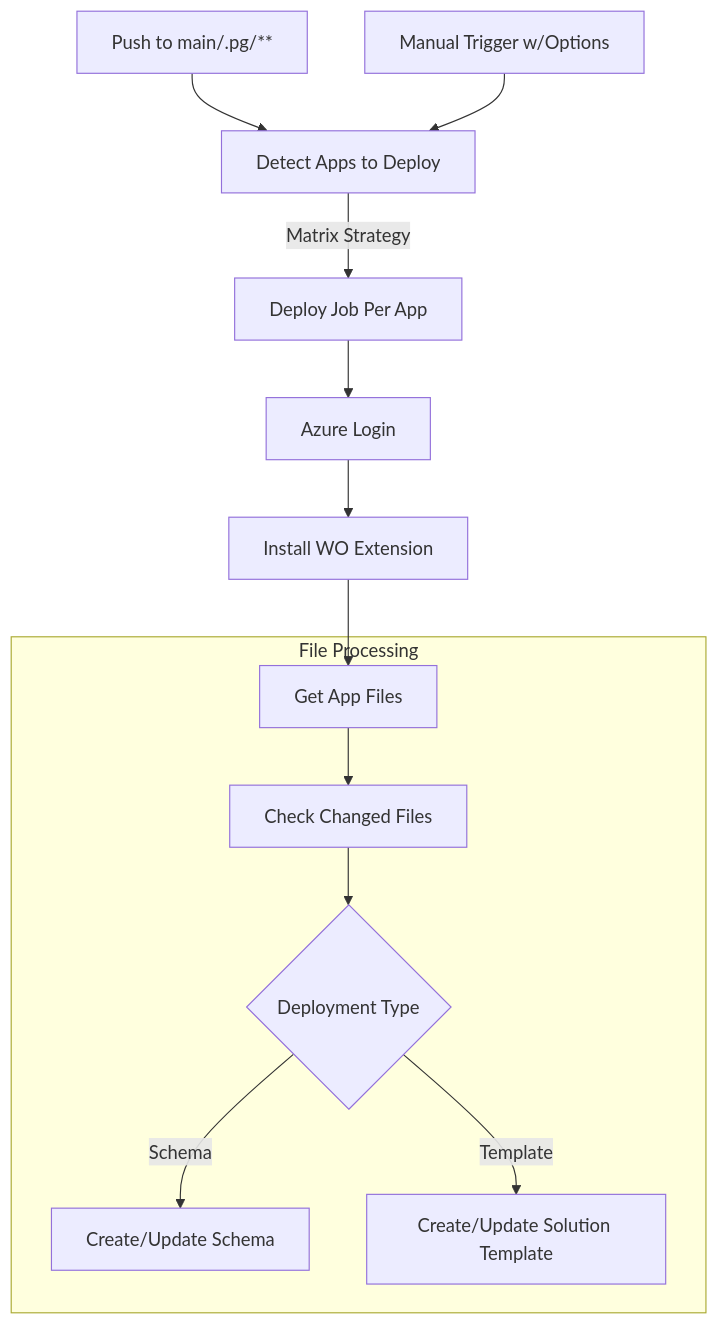
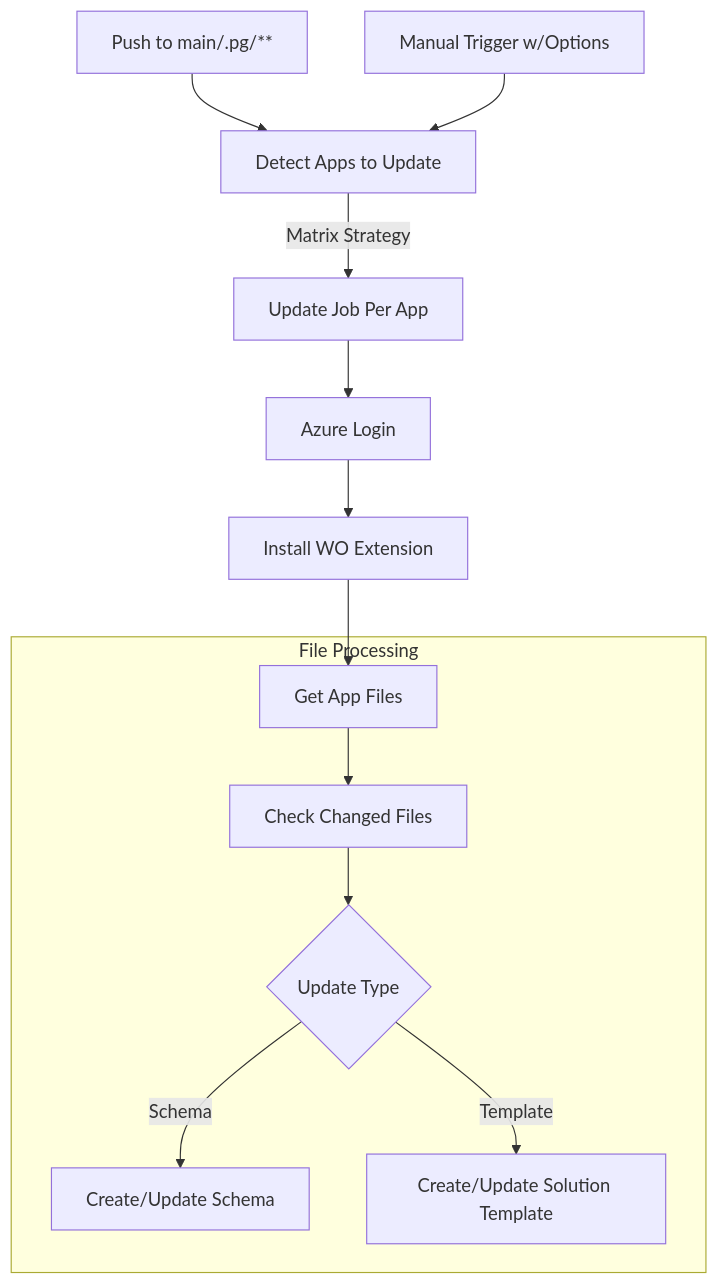
The fourth of 6 diagrams in README.md (wo-ghawfs/wo-temp), drawn with Mermaid before and after one commit. The commit also changed other lines of this file and 1 other file, not shown here.

````diff
--- a/README.md
+++ b/README.md
@@ -114,16 +114,16 @@
 ```mermaid
 graph TD
-    A[Push to main/.pg/**] --> B[Detect Apps to Deploy]
+    A[Push to main/.pg/**] --> B[Detect Apps to Update]
     C[Manual Trigger w/Options] --> B
-    B --> |Matrix Strategy| D[Deploy Job Per App]
+    B --> |Matrix Strategy| D[Update Job Per App]
     D --> E[Azure Login]
     E --> F[Install WO Extension]
     F --> G[Get App Files]
     
     subgraph File Processing
         G --> H[Check Changed Files]
-        H --> I{Deployment Type}
+        H --> I{Update Type}
         I -->|Schema| J[Create/Update Schema]
         I -->|Template| K[Create/Update Solution Template]
     end
 ```
````
